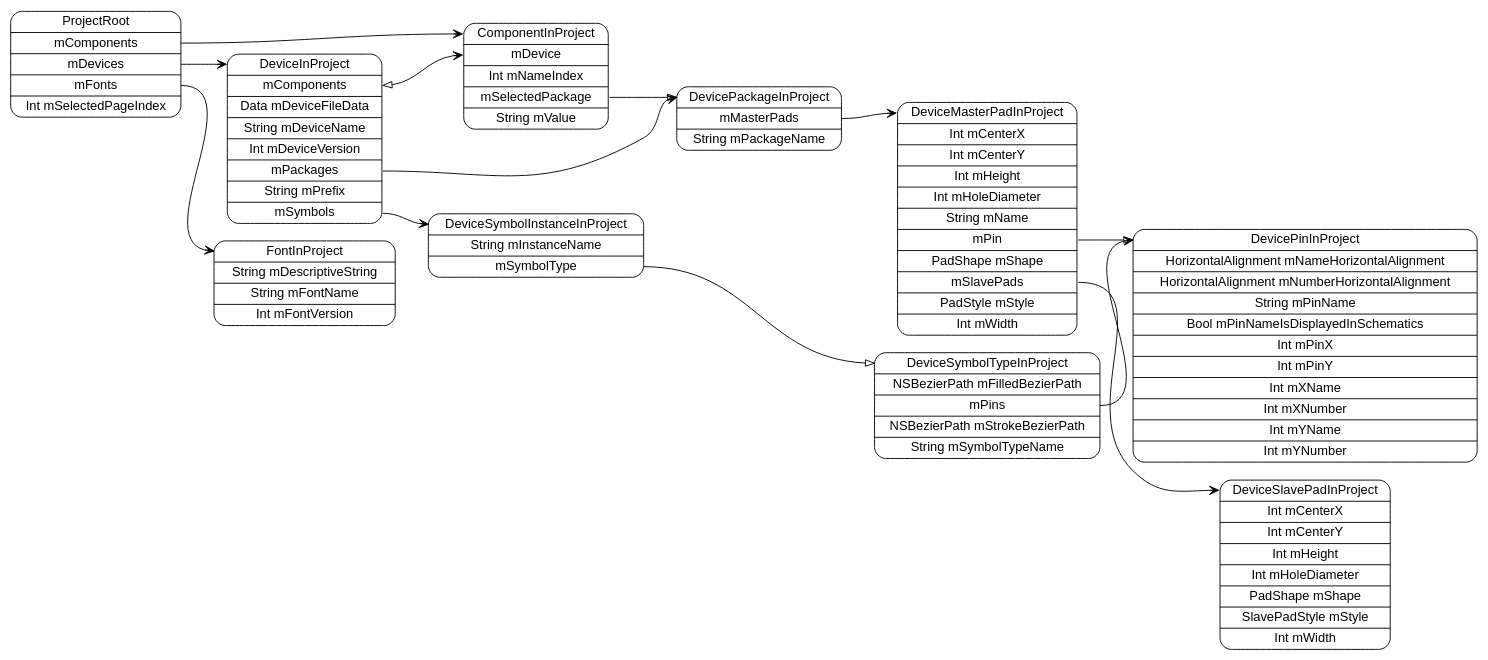
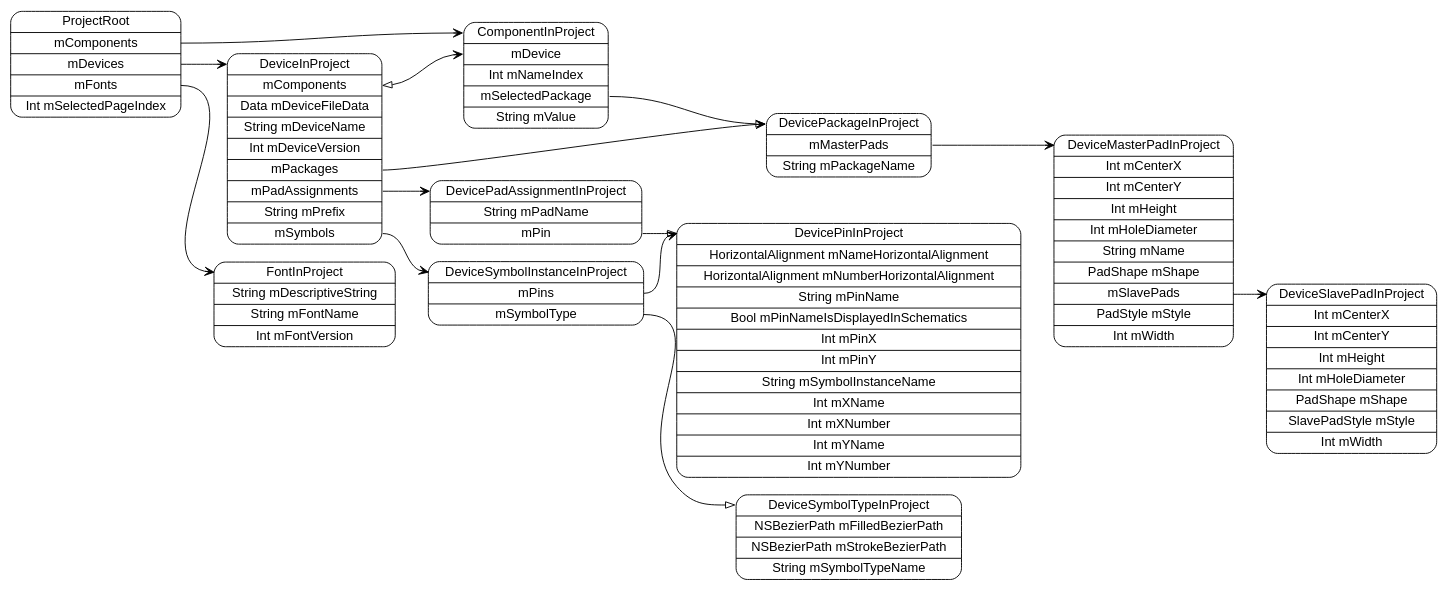
The diagram in models/ProjectRoot.dot (pierremolinaro/ElCanari-dev), drawn with Graphviz before and after one commit. The commit also changed 29 other files, not shown here.

```diff
--- a/models/ProjectRoot.dot
+++ b/models/ProjectRoot.dot
@@ -1,26 +1,28 @@
 digraph G {
   rankdir=LR ;
   node [shape=record fontname=helvetica style=rounded] ;
   ProjectRoot[label="<ProjectRoot>ProjectRoot|<mComponents>mComponents|<mDevices>mDevices|<mFonts>mFonts|Int mSelectedPageIndex"] ;
   FontInProject[label="<FontInProject>FontInProject|String mDescriptiveString|String mFontName|Int mFontVersion"] ;
-  DeviceInProject[label="<DeviceInProject>DeviceInProject|<mComponents>mComponents|Data mDeviceFileData|String mDeviceName|Int mDeviceVersion|<mPackages>mPackages|String mPrefix|<mSymbols>mSymbols"] ;
-  DeviceSymbolInstanceInProject[label="<DeviceSymbolInstanceInProject>DeviceSymbolInstanceInProject|String mInstanceName|<mSymbolType>mSymbolType"] ;
-  DeviceSymbolTypeInProject[label="<DeviceSymbolTypeInProject>DeviceSymbolTypeInProject|NSBezierPath mFilledBezierPath|<mPins>mPins|NSBezierPath mStrokeBezierPath|String mSymbolTypeName"] ;
-  DevicePinInProject[label="<DevicePinInProject>DevicePinInProject|HorizontalAlignment mNameHorizontalAlignment|HorizontalAlignment mNumberHorizontalAlignment|String mPinName|Bool mPinNameIsDisplayedInSchematics|Int mPinX|Int mPinY|Int mXName|Int mXNumber|Int mYName|Int mYNumber"] ;
+  DeviceInProject[label="<DeviceInProject>DeviceInProject|<mComponents>mComponents|Data mDeviceFileData|String mDeviceName|Int mDeviceVersion|<mPackages>mPackages|<mPadAssignments>mPadAssignments|String mPrefix|<mSymbols>mSymbols"] ;
+  DeviceSymbolInstanceInProject[label="<DeviceSymbolInstanceInProject>DeviceSymbolInstanceInProject|<mPins>mPins|<mSymbolType>mSymbolType"] ;
+  DeviceSymbolTypeInProject[label="<DeviceSymbolTypeInProject>DeviceSymbolTypeInProject|NSBezierPath mFilledBezierPath|NSBezierPath mStrokeBezierPath|String mSymbolTypeName"] ;
+  DevicePinInProject[label="<DevicePinInProject>DevicePinInProject|HorizontalAlignment mNameHorizontalAlignment|HorizontalAlignment mNumberHorizontalAlignment|String mPinName|Bool mPinNameIsDisplayedInSchematics|Int mPinX|Int mPinY|String mSymbolInstanceName|Int mXName|Int mXNumber|Int mYName|Int mYNumber"] ;
+  DevicePadAssignmentInProject[label="<DevicePadAssignmentInProject>DevicePadAssignmentInProject|String mPadName|<mPin>mPin"] ;
   DevicePackageInProject[label="<DevicePackageInProject>DevicePackageInProject|<mMasterPads>mMasterPads|String mPackageName"] ;
-  DeviceMasterPadInProject[label="<DeviceMasterPadInProject>DeviceMasterPadInProject|Int mCenterX|Int mCenterY|Int mHeight|Int mHoleDiameter|String mName|<mPin>mPin|PadShape mShape|<mSlavePads>mSlavePads|PadStyle mStyle|Int mWidth"] ;
+  DeviceMasterPadInProject[label="<DeviceMasterPadInProject>DeviceMasterPadInProject|Int mCenterX|Int mCenterY|Int mHeight|Int mHoleDiameter|String mName|PadShape mShape|<mSlavePads>mSlavePads|PadStyle mStyle|Int mWidth"] ;
   DeviceSlavePadInProject[label="<DeviceSlavePadInProject>DeviceSlavePadInProject|Int mCenterX|Int mCenterY|Int mHeight|Int mHoleDiameter|PadShape mShape|SlavePadStyle mStyle|Int mWidth"] ;
   ComponentInProject[label="<ComponentInProject>ComponentInProject|<mDevice>mDevice|Int mNameIndex|<mSelectedPackage>mSelectedPackage|String mValue"] ;
   ProjectRoot:mComponents -> ComponentInProject:ComponentInProject [dir=both arrowtail=none arrowhead=vee] ;
   ProjectRoot:mDevices -> DeviceInProject:DeviceInProject [dir=both arrowtail=none arrowhead=vee] ;
   ProjectRoot:mFonts -> FontInProject:FontInProject [dir=both arrowtail=none arrowhead=vee] ;
   DeviceInProject:mComponents -> ComponentInProject:mDevice [dir=both arrowtail=onormal arrowhead=vee] ;
   DeviceInProject:mPackages -> DevicePackageInProject:DevicePackageInProject [dir=both arrowtail=none arrowhead=vee] ;
+  DeviceInProject:mPadAssignments -> DevicePadAssignmentInProject:DevicePadAssignmentInProject [dir=both arrowtail=none arrowhead=vee] ;
   DeviceInProject:mSymbols -> DeviceSymbolInstanceInProject:DeviceSymbolInstanceInProject [dir=both arrowtail=none arrowhead=vee] ;
+  DeviceSymbolInstanceInProject:mPins -> DevicePinInProject:DevicePinInProject [dir=both arrowtail=none arrowhead=vee] ;
   DeviceSymbolInstanceInProject:mSymbolType -> DeviceSymbolTypeInProject:DeviceSymbolTypeInProject [dir=both arrowtail=none arrowhead=onormal] ;
-  DeviceSymbolTypeInProject:mPins -> DevicePinInProject:DevicePinInProject [dir=both arrowtail=none arrowhead=vee] ;
+  DevicePadAssignmentInProject:mPin -> DevicePinInProject:DevicePinInProject [dir=both arrowtail=none arrowhead=onormal] ;
   DevicePackageInProject:mMasterPads -> DeviceMasterPadInProject:DeviceMasterPadInProject [dir=both arrowtail=none arrowhead=vee] ;
-  DeviceMasterPadInProject:mPin -> DevicePinInProject:DevicePinInProject [dir=both arrowtail=none arrowhead=onormal] ;
   DeviceMasterPadInProject:mSlavePads -> DeviceSlavePadInProject:DeviceSlavePadInProject [dir=both arrowtail=none arrowhead=vee] ;
   ComponentInProject:mSelectedPackage -> DevicePackageInProject:DevicePackageInProject [dir=both arrowtail=none arrowhead=onormal] ;
 }
```
